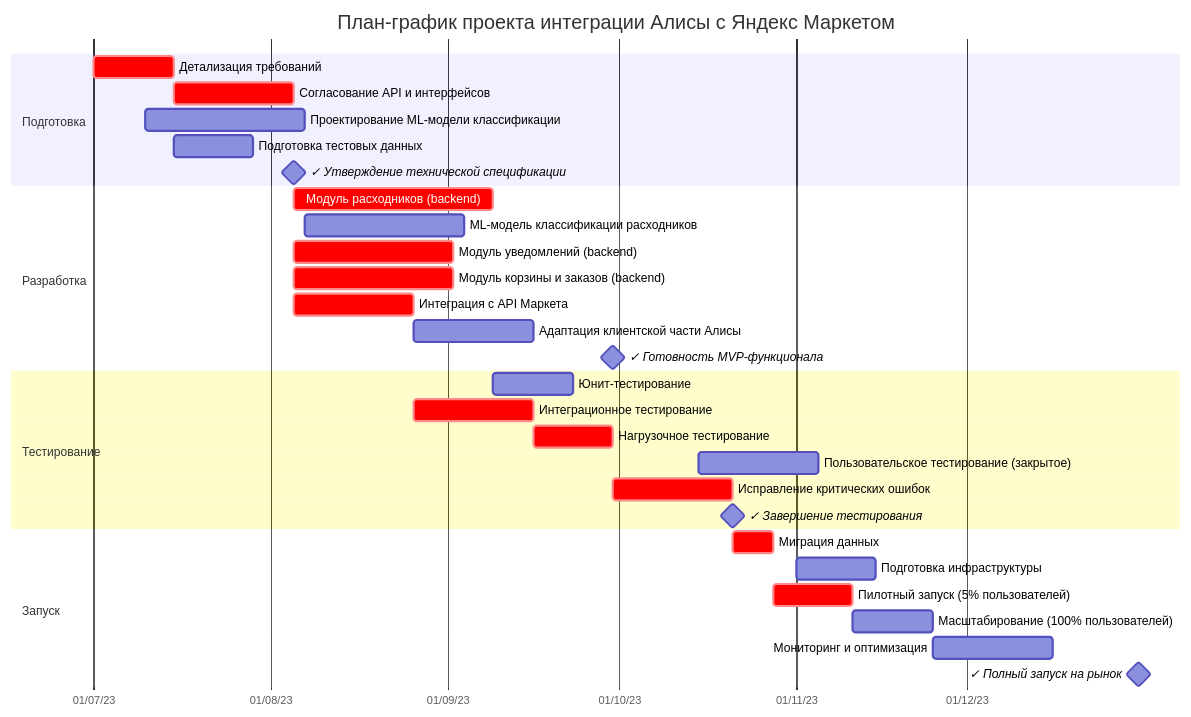
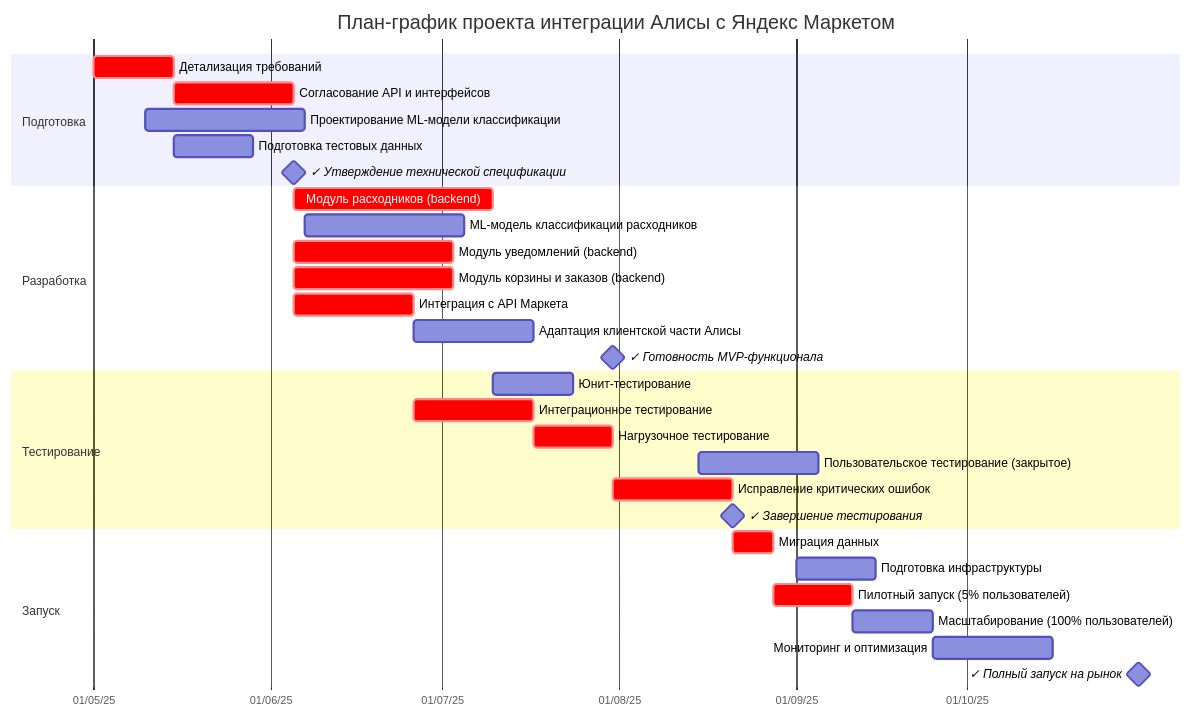
Before and after one commit to aribnail/yandex_manager: the diagram in project_plan.md, drawn with Mermaid.

Commit message:
Обновлены даты проекта: начало в мае 2025

````diff
--- a/project_plan.md
+++ b/project_plan.md
@@ -6,38 +6,38 @@
 ```mermaid
 gantt
     title План-график проекта интеграции Алисы с Яндекс Маркетом
     dateFormat  YYYY-MM-DD
     axisFormat  %d/%m/%y
     
     section Подготовка
-    Детализация требований                      :crit, prep1, 2023-07-01, 14d
+    Детализация требований                      :crit, prep1, 2025-05-01, 14d
     Согласование API и интерфейсов              :crit, prep2, after prep1, 21d
-    Проектирование ML-модели классификации      :prep3, 2023-07-10, 28d
-    Подготовка тестовых данных                  :prep4, 2023-07-15, 14d
+    Проектирование ML-модели классификации      :prep3, 2025-05-10, 28d
+    Подготовка тестовых данных                  :prep4, 2025-05-15, 14d
     ✓ Утверждение технической спецификации      :milestone, after prep2, 0d
     
     section Разработка
     Модуль расходников (backend)                :crit, dev1, after prep2, 35d
     ML-модель классификации расходников         :dev2, after prep3, 28d
     Модуль уведомлений (backend)                :crit, dev3, after prep2, 28d
     Модуль корзины и заказов (backend)          :crit, dev4, after prep2, 28d
     Интеграция с API Маркета                    :crit, dev5, after prep2, 21d
     Адаптация клиентской части Алисы            :dev6, after dev5, 21d
-    ✓ Готовность MVP-функционала                :milestone, 2023-09-30, 0d
+    ✓ Готовность MVP-функционала                :milestone, 2025-07-31, 0d
     
     section Тестирование
     Юнит-тестирование                           :test1, after dev1, 14d
     Интеграционное тестирование                 :crit, test2, after dev5, 21d
     Нагрузочное тестирование                    :crit, test3, after test2, 14d
-    Пользовательское тестирование (закрытое)    :test4, 2023-10-15, 21d
+    Пользовательское тестирование (закрытое)    :test4, 2025-08-15, 21d
     Исправление критических ошибок              :crit, test5, after test3, 21d
     ✓ Завершение тестирования                   :milestone, after test5, 0d
     
     section Запуск
     Миграция данных                             :crit, deploy1, after test5, 7d
-    Подготовка инфраструктуры                   :deploy2, 2023-11-01, 14d
+    Подготовка инфраструктуры                   :deploy2, 2025-09-01, 14d
     Пилотный запуск (5% пользователей)          :crit, deploy3, after deploy1, 14d
     Масштабирование (100% пользователей)        :deploy4, after deploy3, 14d
     Мониторинг и оптимизация                    :deploy5, after deploy4, 21d
-    ✓ Полный запуск на рынок                    :milestone, 2023-12-31, 0d
+    ✓ Полный запуск на рынок                    :milestone, 2025-10-31, 0d
 ```
````
